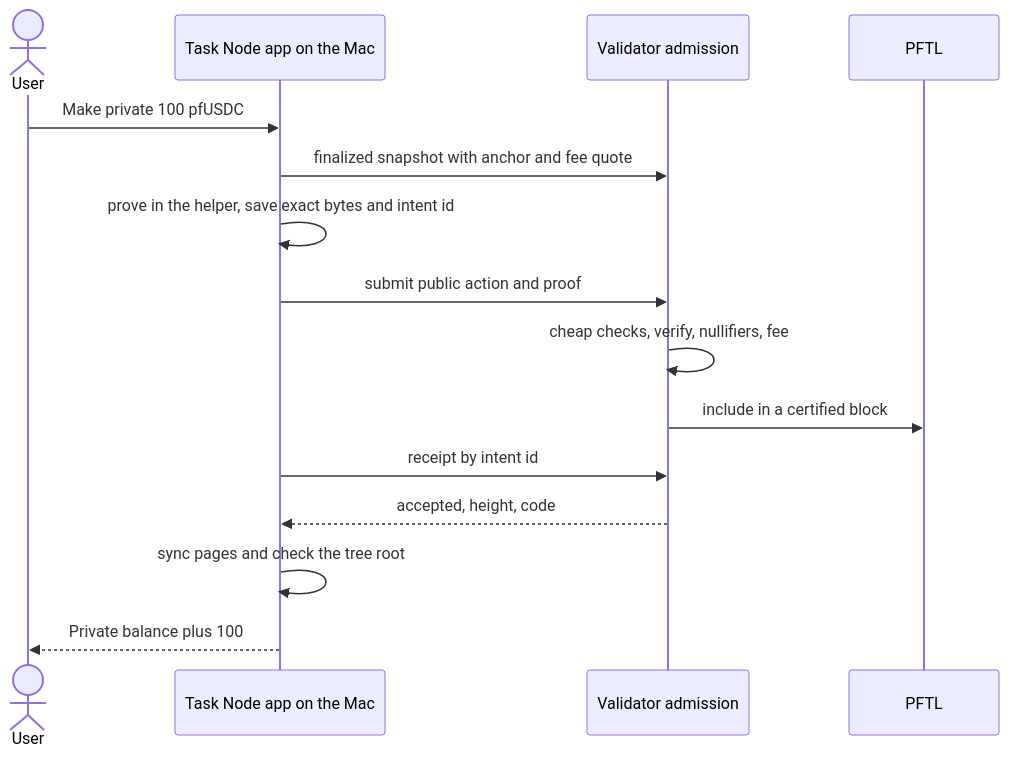
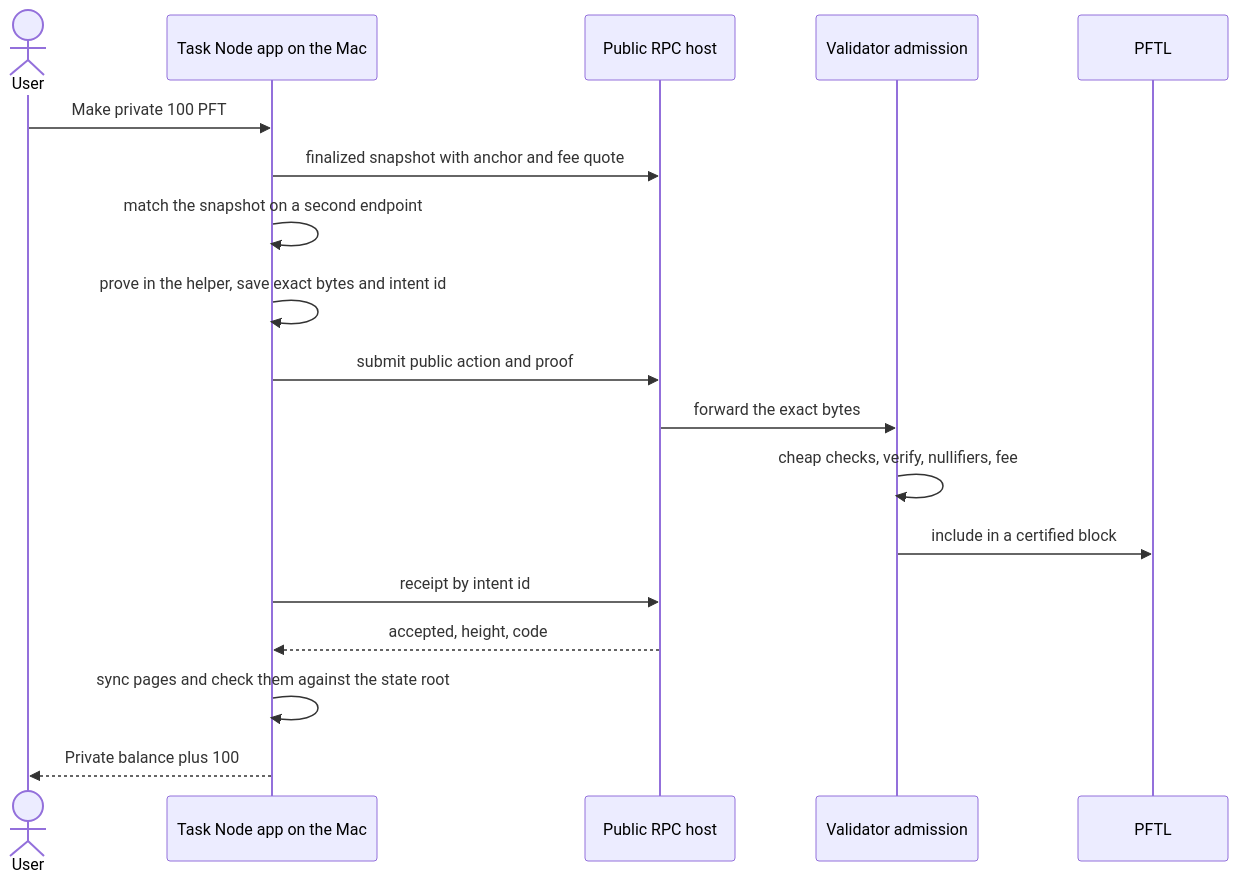
The second of 2 diagrams in big_milestone/pillars/05-local-task-node.md (postfiatorg/postfiatl1v2), drawn with Mermaid before and after one commit. The commit also changed other lines of this file and 22 other files, not shown here.

````diff
--- a/big_milestone/pillars/05-local-task-node.md
+++ b/big_milestone/pillars/05-local-task-node.md
@@ -65,17 +71,20 @@
 ```mermaid
 sequenceDiagram
     actor U as User
     participant App as Task Node app on the Mac
+    participant R as Public RPC host
     participant V as Validator admission
     participant C as PFTL
-    U->>App: Make private 100 pfUSDC
-    App->>V: finalized snapshot with anchor and fee quote
+    U->>App: Make private 100 PFT
+    App->>R: finalized snapshot with anchor and fee quote
+    App->>App: match the snapshot on a second endpoint
     App->>App: prove in the helper, save exact bytes and intent id
-    App->>V: submit public action and proof
+    App->>R: submit public action and proof
+    R->>V: forward the exact bytes
     V->>V: cheap checks, verify, nullifiers, fee
     V->>C: include in a certified block
-    App->>V: receipt by intent id
-    V-->>App: accepted, height, code
-    App->>App: sync pages and check the tree root
+    App->>R: receipt by intent id
+    R-->>App: accepted, height, code
+    App->>App: sync pages and check them against the state root
     App-->>U: Private balance plus 100
 ```
````
